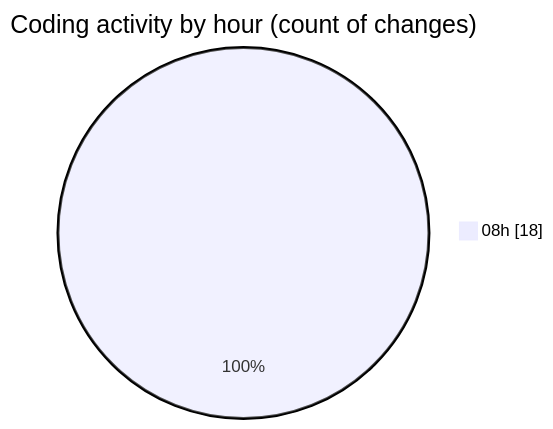
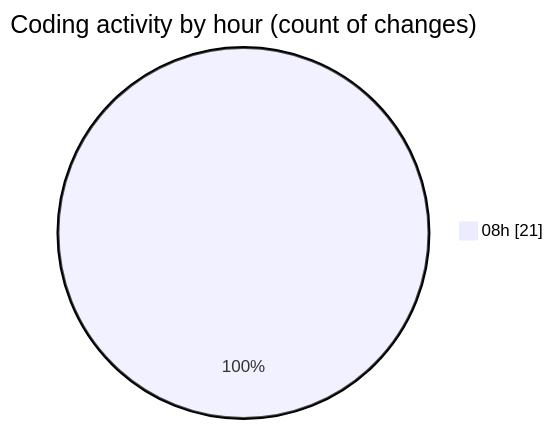
The second of 2 diagrams in 2025-04-09/cda/README.md (momahboobian/code-tracking), drawn with Mermaid before and after one commit. The commit also changed other lines of this file and 1 other file, not shown here.

````diff
--- a/2025-04-09/cda/README.md
+++ b/2025-04-09/cda/README.md
@@ -30,5 +31,5 @@
 ```mermaid
 pie showData
 title Coding activity by hour (count of changes)
-"08h" : 18
+"08h" : 21
 ```
````
